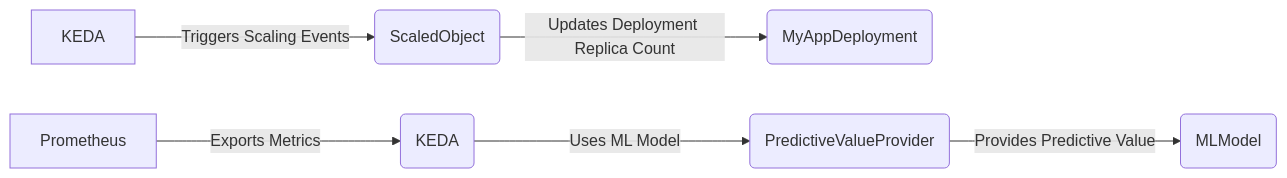
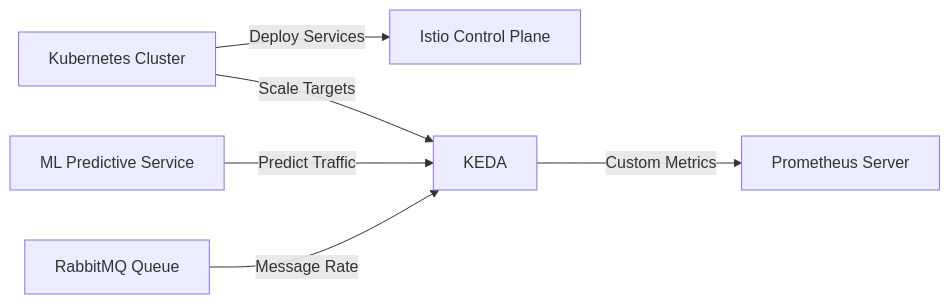
The second of 2 diagrams in Otros_Activos_Mastery/kubernetes:_auto-escalado_y_service_mesh_en_2026_STAFF.md (Joaquinriosheredia/DAM-Java-Mastery), drawn with Mermaid before and after one commit. The commit also changed other lines of this file, not shown here.

Commit message:
feat: manual de autoridad sobre Kubernetes: Auto-escalado y Service Mesh en 2026 (Staff Level)

````diff
--- a/Otros_Activos_Mastery/kubernetes:_auto-escalado_y_service_mesh_en_2026_STAFF.md
+++ b/Otros_Activos_Mastery/kubernetes:_auto-escalado_y_service_mesh_en_2026_STAFF.md
@@ -236,8 +234,14 @@
 ```mermaid
 graph LR;
-    A[Prometheus] -->|Exports Metrics| B(KEDA);
-    KEDA -->|Triggers Scaling Events| C(ScaledObject);
-    C -->|Updates Deployment Replica Count| D(MyAppDeployment);
-    B -->|Uses ML Model| E(PredictiveValueProvider);
-    E -->|Provides Predictive Value| F(MLModel);
+    K8S["Kubernetes Cluster"]
+    ISTIO["Istio Control Plane"]
+    PROMETHEUS["Prometheus Server"]
+    ML_SERVER["ML Predictive Service"]
+    RABBITMQ["RabbitMQ Queue"]
+
+    K8S -->|Deploy Services| ISTIO
+    K8S -->|Scale Targets| KEDA
+    KEDA -->|Custom Metrics| PROMETHEUS
+    ML_SERVER -->|Predict Traffic| KEDA
+    RABBITMQ -->|Message Rate| KEDA
 ```
````
